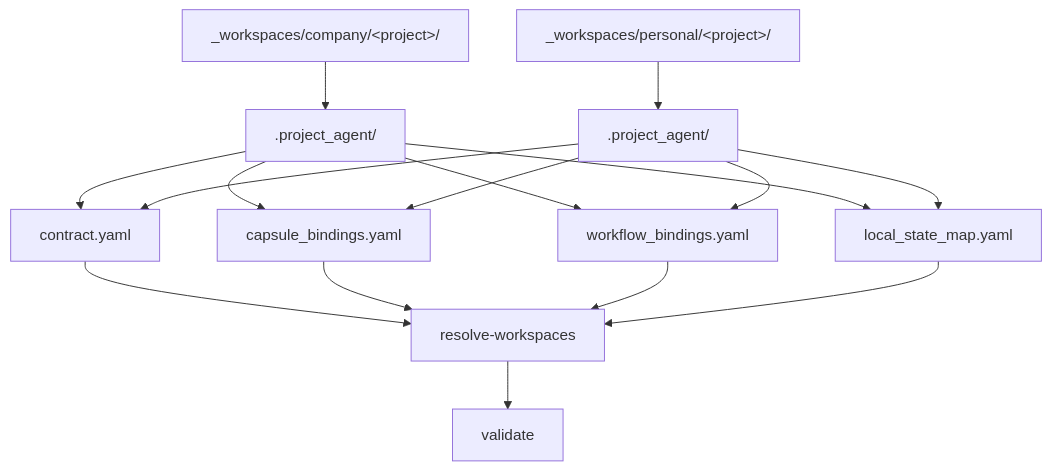
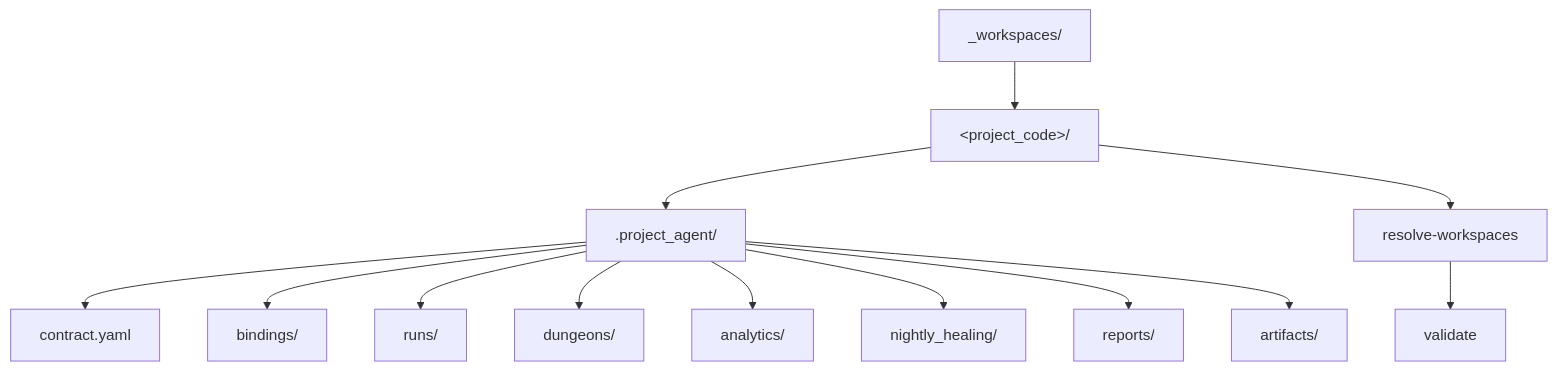
The diagram in docs/architecture/workspace/PROJECT_AGENT_RESOLVE_CONTRACT.md (SungYongMOON/soulforge), drawn with Mermaid before and after one commit. The commit also changed other lines of this file and 39 other files, not shown here.

````diff
--- a/docs/architecture/workspace/PROJECT_AGENT_RESOLVE_CONTRACT.md
+++ b/docs/architecture/workspace/PROJECT_AGENT_RESOLVE_CONTRACT.md
@@ -11,18 +10,15 @@
 ```mermaid
 flowchart TD
-  WC["_workspaces/company/&lt;project&gt;/"] --> PAC[".project_agent/"]
-  WP["_workspaces/personal/&lt;project&gt;/"] --> PAP[".project_agent/"]
-  PAC --> C1["contract.yaml"]
-  PAC --> C2["capsule_bindings.yaml"]
-  PAC --> C3["workflow_bindings.yaml"]
-  PAC --> C4["local_state_map.yaml"]
-  PAP --> C1
-  PAP --> C2
-  PAP --> C3
-  PAP --> C4
-  C1 --> RW["resolve-workspaces"]
-  C2 --> RW
-  C3 --> RW
-  C4 --> RW
+  W["_workspaces/"] --> P["&lt;project_code&gt;/"]
+  P --> PA[".project_agent/"]
+  PA --> C["contract.yaml"]
+  PA --> B["bindings/"]
+  PA --> R["runs/"]
+  PA --> D["dungeons/"]
+  PA --> A["analytics/"]
+  PA --> N["nightly_healing/"]
+  PA --> RP["reports/"]
+  PA --> AR["artifacts/"]
+  P --> RW["resolve-workspaces"]
   RW --> VD["validate"]
 ```
````
